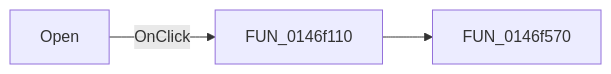
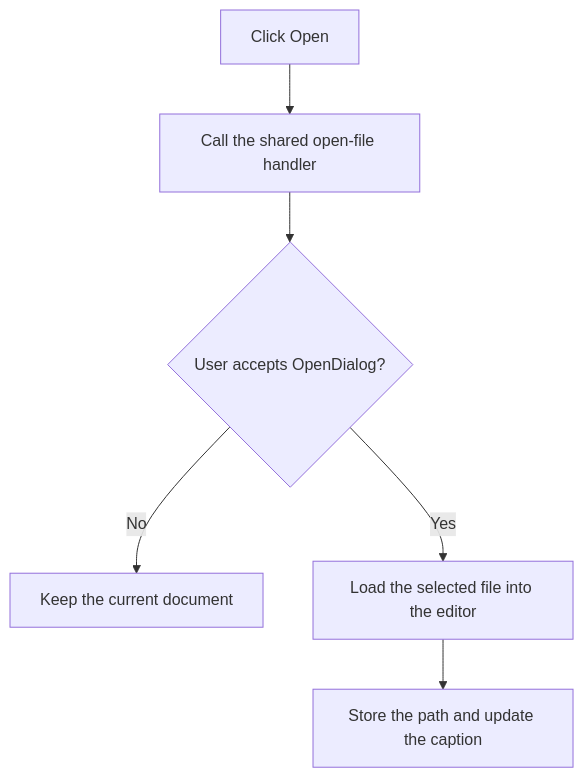
One commit to MovGP0/TIARA changed the diagram in docs/ui-controls/pymainform/mnopen-c01cbc7073.md. Above: the diagram before and after it, drawn with Mermaid. The commit also changed other lines of this file and 1062 other files, not shown here.

````diff
--- a/docs/ui-controls/pymainform/mnopen-c01cbc7073.md
+++ b/docs/ui-controls/pymainform/mnopen-c01cbc7073.md
@@ -27,5 +29,8 @@
 ```mermaid
-flowchart LR
-    control["Open"] -->|OnClick| handler["FUN_0146f110"]
-    handler --> call1["FUN_0146f570"]
+flowchart TD
+    control["Click Open"] --> shared["Call the shared open-file handler"]
+    shared --> accepted{"User accepts OpenDialog?"}
+    accepted -->|No| noAction["Keep the current document"]
+    accepted -->|Yes| load["Load the selected file into the editor"]
+    load --> state["Store the path and update the caption"]
 ```
````
